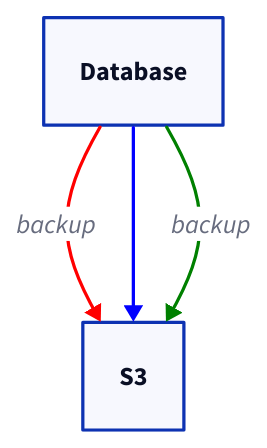
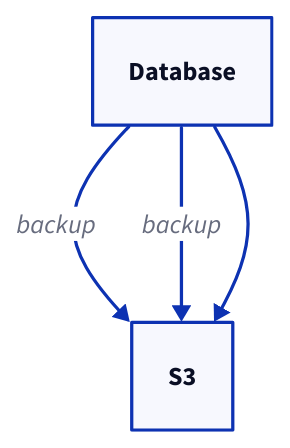
Before and after one commit to chyax98/DiagramAI: the fifth of 24 diagrams in docs/kroki/d2/syntax-rules.md, drawn with D2. The commit also changed other lines of this file and 52 other files, not shown here.

````diff
--- a/docs/kroki/d2/syntax-rules.md
+++ b/docs/kroki/d2/syntax-rules.md
@@ -115,11 +69,6 @@
 ```d2
-# 重复连接不会覆盖,而是创建新连接
+# ⚠️ 重复连接会创建新连接,不会覆盖
 Database -> S3: backup
-Database -> S3          # 第 2 条连接
-Database -> S3: backup  # 第 3 条连接 (即使标签相同)
-
-# 引用特定连接
-(Database -> S3)[0].style.stroke: red   # 第 1 条
-(Database -> S3)[1].style.stroke: blue  # 第 2 条
-(Database -> S3)[2].style.stroke: green # 第 3 条
+Database -> S3: backup  # 创建第2条连接
+Database -> S3  # 创建第3条连接
 ```
````
